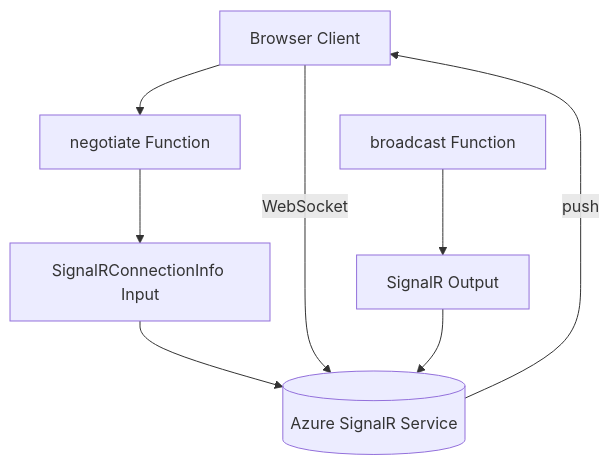
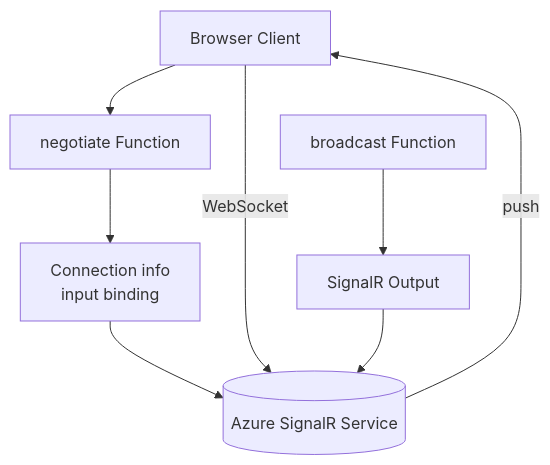
One commit to yeongseon/azure-functions-practical-guide changed the diagram in docs/language-guides/java/recipes/signalr.md. Above: the diagram before and after it, drawn with Mermaid. The commit also changed other lines of this file and 4 other files, not shown here.

First line of the commit message:
docs(diagrams): migrate Java SignalR Table testing and timer flows (#491)

````diff
--- a/docs/language-guides/java/recipes/signalr.md
+++ b/docs/language-guides/java/recipes/signalr.md
@@ -22,10 +23,12 @@
 ```mermaid
 flowchart TD
+    accTitle: SignalR negotiation and broadcast relationships for Java functions
+    accDescr: In this serverless-mode recipe, the browser obtains connection information from the negotiate function's input binding and connects to SignalR Service over the depicted WebSocket transport. The broadcast function uses the output binding to send through the service. Binding arrows show logical relationships, not a token-generation network request sequence.
     CLIENT[Browser Client] --> NEG[negotiate Function]
-    NEG --> INFO[SignalRConnectionInfo Input]
+    NEG --> INFO["Connection info<br/>input binding"]
     INFO --> SR[(Azure SignalR Service)]
     CLIENT -->|WebSocket| SR
     PUB[broadcast Function] --> OUT[SignalR Output]
     OUT --> SR
     SR -->|push| CLIENT
 ```
````
